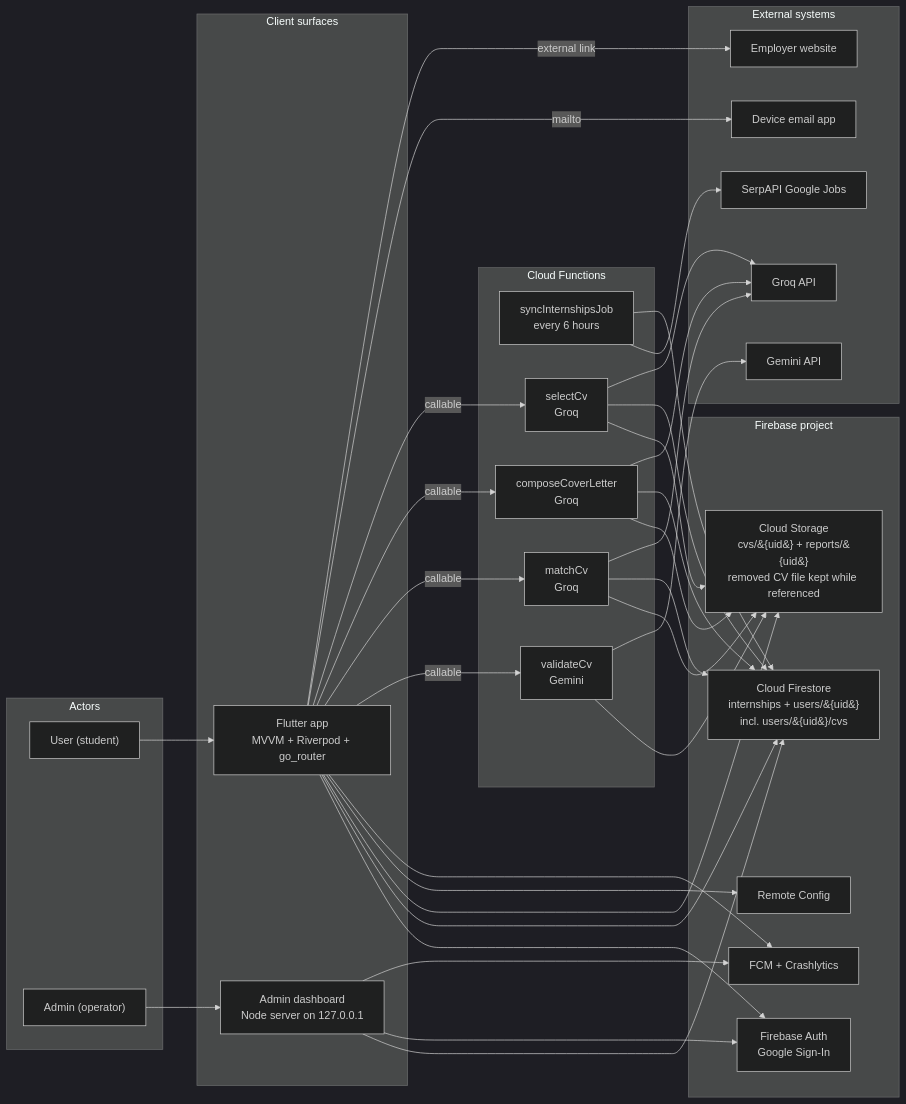
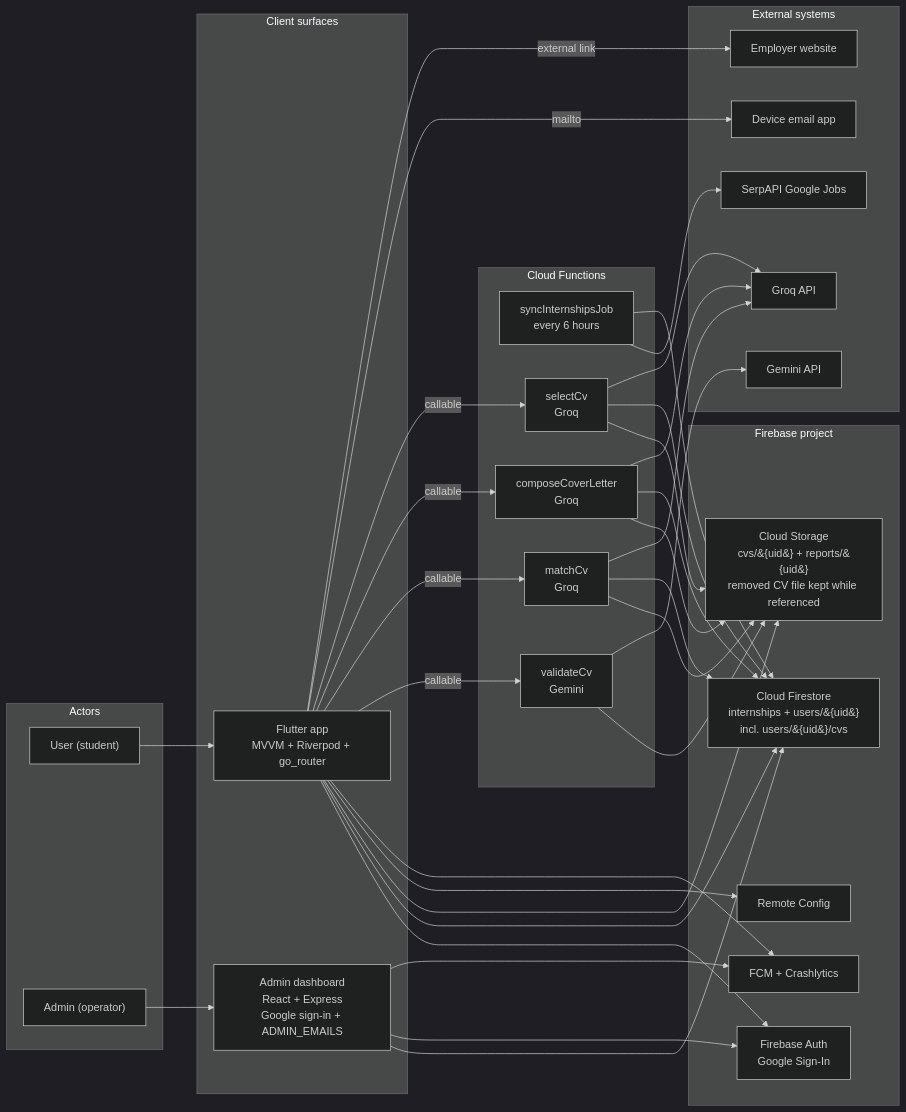
One commit to lamtailoi2/prm323_lab3 changed the first of 5 diagrams in docs/business-rules.md. Above: the diagram before and after it, drawn with Mermaid (dark theme). The commit also changed other lines of this file and 38 other files, not shown here.

First line of the commit message:
feat(admin): port dashboard to React and prepare Vercel deployment

````diff
--- a/docs/business-rules.md
+++ b/docs/business-rules.md
@@ -26,69 +26,69 @@
 ```mermaid
 flowchart LR
   subgraph ACT["Actors"]
     U["User (student)"]
     A["Admin (operator)"]
   end
 
   subgraph CLIENT["Client surfaces"]
     APP["Flutter app<br/>MVVM + Riverpod + go_router"]
-    DASH["Admin dashboard<br/>Node server on 127.0.0.1"]
+    DASH["Admin dashboard<br/>React + Express<br/>Google sign-in + ADMIN_EMAILS"]
   end
 
   subgraph FB["Firebase project"]
     AUTH["Firebase Auth<br/>Google Sign-In"]
     FS["Cloud Firestore<br/>internships + users/&#123;uid&#125;<br/>incl. users/&#123;uid&#125;/cvs"]
     ST["Cloud Storage<br/>cvs/&#123;uid&#125; + reports/&#123;uid&#125;<br/>removed CV file kept while referenced"]
     RC["Remote Config"]
     FCM["FCM + Crashlytics"]
   end
 
   subgraph CF["Cloud Functions"]
     SYNC["syncInternshipsJob<br/>every 6 hours"]
     VAL["validateCv<br/>Gemini"]
     MATCH["matchCv<br/>Groq"]
     LETTER["composeCoverLetter<br/>Groq"]
     SELECT["selectCv<br/>Groq"]
   end
 
   subgraph EXT["External systems"]
     SERP["SerpAPI Google Jobs"]
     GEM["Gemini API"]
     GROQ["Groq API"]
     MAIL["Device email app"]
     EMP["Employer website"]
   end
 
   U --> APP
   A --> DASH
 
   APP --> AUTH
   APP --> FS
   APP --> ST
   APP --> RC
   APP --> FCM
   APP -->|callable| VAL
   APP -->|callable| MATCH
   APP -->|callable| LETTER
   APP -->|callable| SELECT
   APP -->|mailto| MAIL
   APP -->|external link| EMP
 
   DASH --> FS
   DASH --> AUTH
   DASH --> FCM
 
   SYNC --> SERP
   SYNC --> FS
   VAL --> ST
   VAL --> GEM
   MATCH --> ST
   MATCH --> FS
   MATCH --> GROQ
   LETTER --> ST
   LETTER --> FS
   LETTER --> GROQ
   SELECT --> ST
   SELECT --> FS
   SELECT --> GROQ
 ```
````
